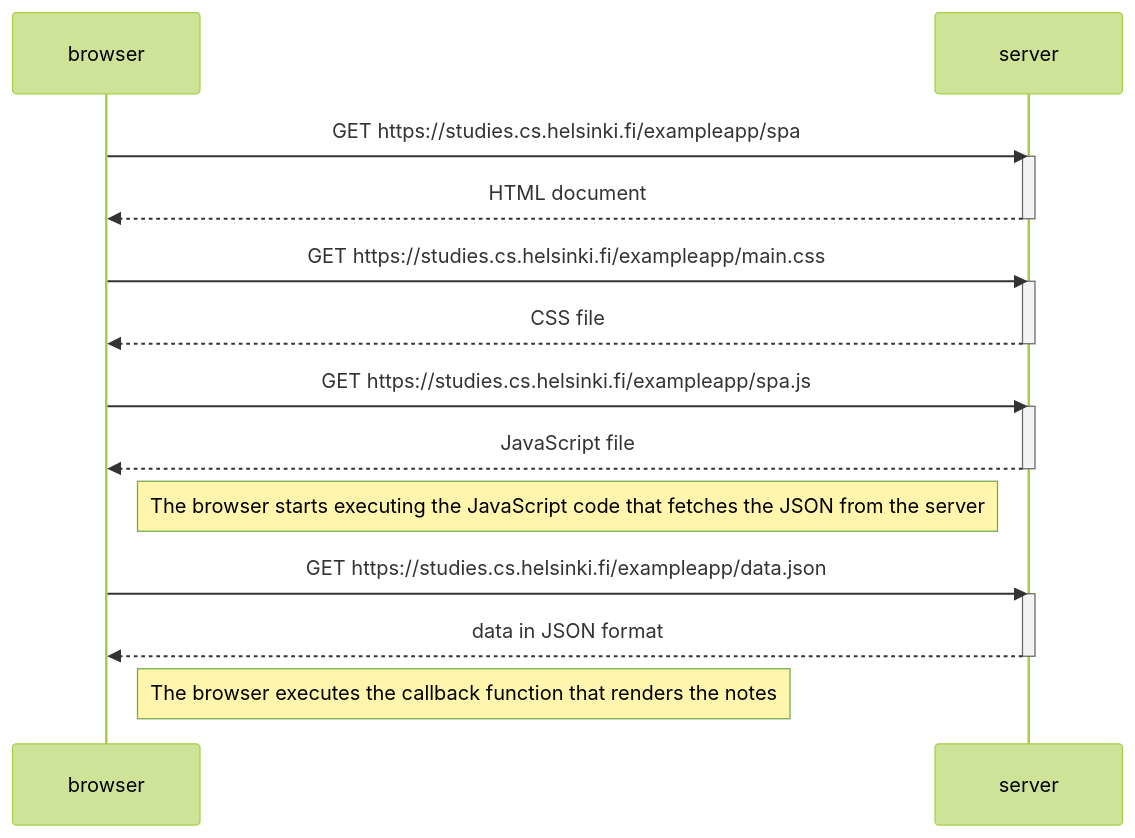
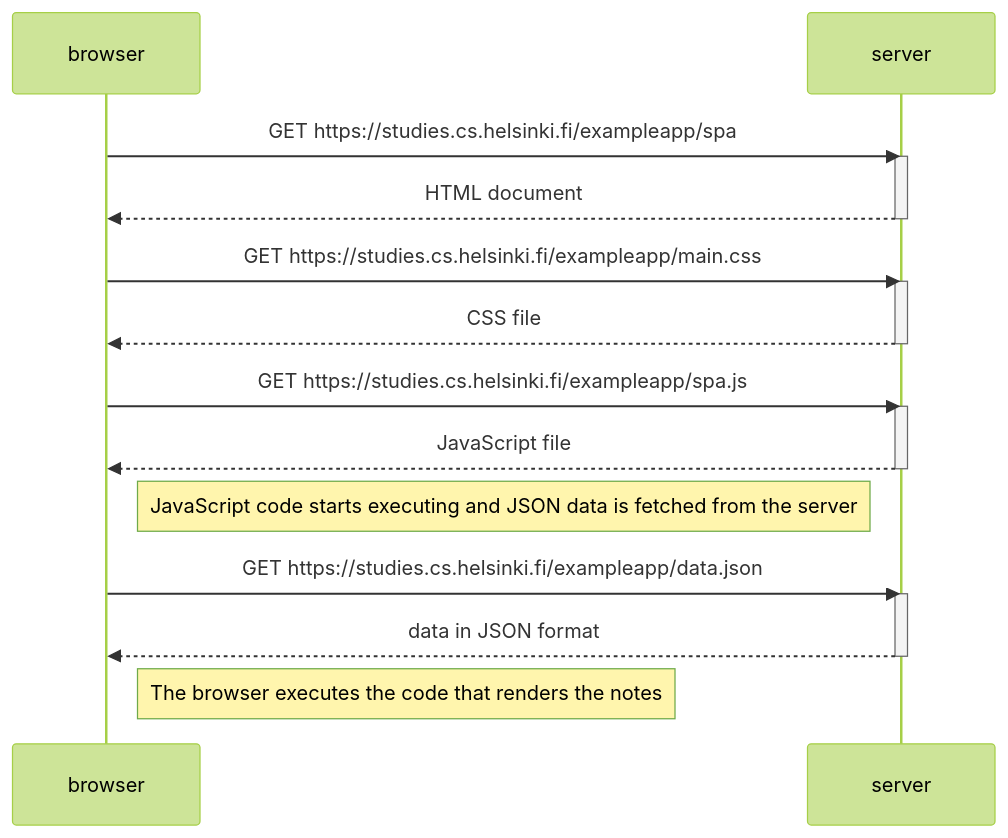
Before and after one commit to goncalooliveirasilva/fullstackopen: the diagram in part0/ex_5.md, drawn with Mermaid (forest theme). The commit also changed 1 other file, not shown here.

Commit message:
some small changes

````diff
--- a/part0/ex_5.md
+++ b/part0/ex_5.md
@@ -1,29 +1,29 @@
 ```mermaid
 sequenceDiagram
     participant browser
     participant server
 
     browser->>server: GET https://studies.cs.helsinki.fi/exampleapp/spa
     activate server
     server-->>browser: HTML document
     deactivate server
 
     browser->>server: GET https://studies.cs.helsinki.fi/exampleapp/main.css
     activate server
     server-->>browser: CSS file
     deactivate server
 
     browser->>server: GET https://studies.cs.helsinki.fi/exampleapp/spa.js
     activate server
     server-->>browser: JavaScript file
     deactivate server
 
-    Note right of browser: The browser starts executing the JavaScript code that fetches the JSON from the server
+    Note right of browser: JavaScript code starts executing and JSON data is fetched from the server
 
     browser->>server: GET https://studies.cs.helsinki.fi/exampleapp/data.json
     activate server
     server-->>browser: data in JSON format
     deactivate server
 
-    Note right of browser: The browser executes the callback function that renders the notes
+    Note right of browser: The browser executes the code that renders the notes
 ```
````
